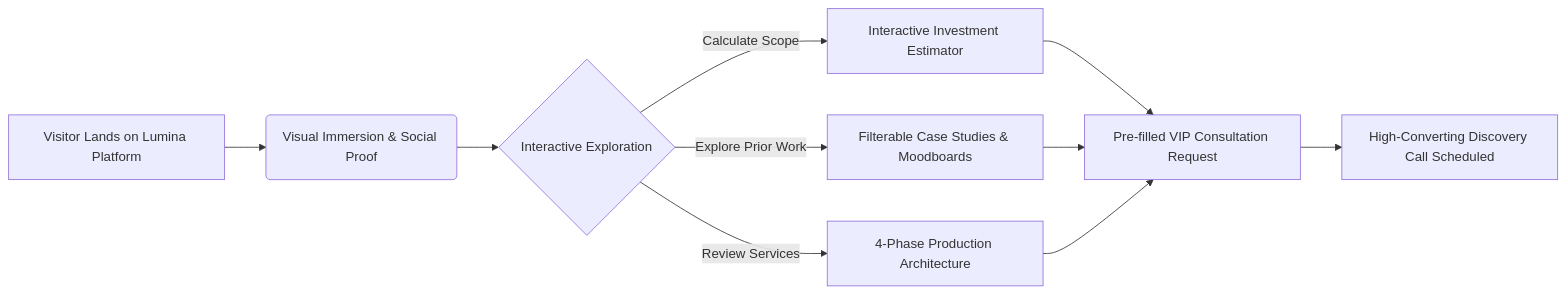
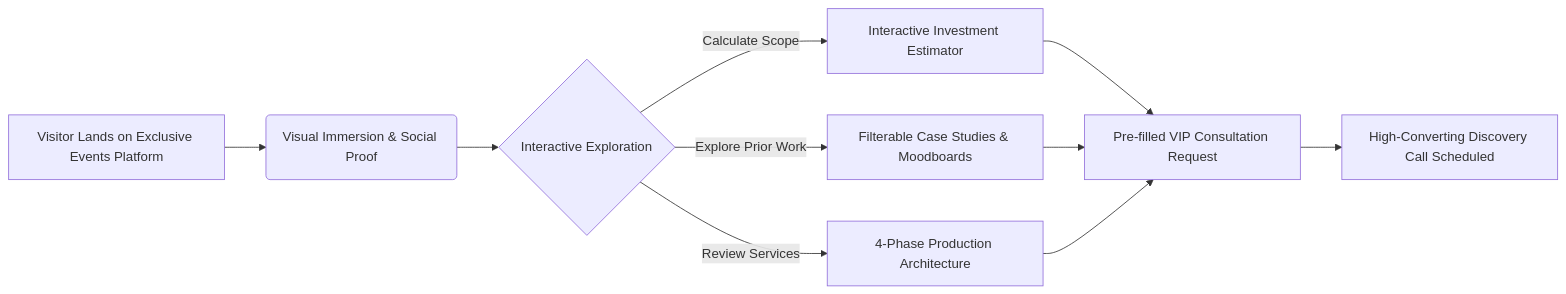
The first of 2 diagrams in PRD.md (shvrk44-glitch/exclusive-), drawn with Mermaid before and after one commit. The commit also changed other lines of this file and 7 other files, not shown here.

Commit message:
rebrand: Lumina Co to Exclusive Events - Kano Nigeria base, nationwide operations

````diff
--- a/PRD.md
+++ b/PRD.md
@@ -34,12 +36,12 @@
 ```mermaid
 flowchart LR
-    A[Visitor Lands on Lumina Platform] --> B(Visual Immersion & Social Proof)
+    A[Visitor Lands on Exclusive Events Platform] --> B(Visual Immersion & Social Proof)
     B --> C{Interactive Exploration}
     C -->|Calculate Scope| D[Interactive Investment Estimator]
     C -->|Explore Prior Work| E[Filterable Case Studies & Moodboards]
     C -->|Review Services| F[4-Phase Production Architecture]
     D --> G[Pre-filled VIP Consultation Request]
     E --> G
     F --> G
     G --> H[High-Converting Discovery Call Scheduled]
 ```
````
